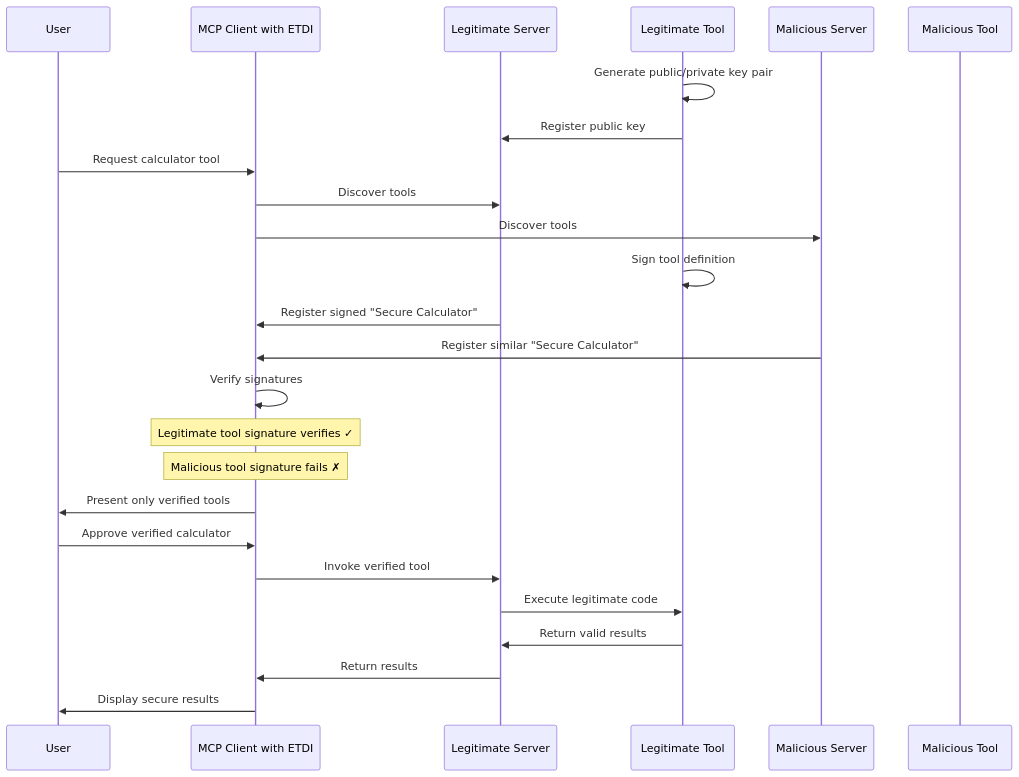
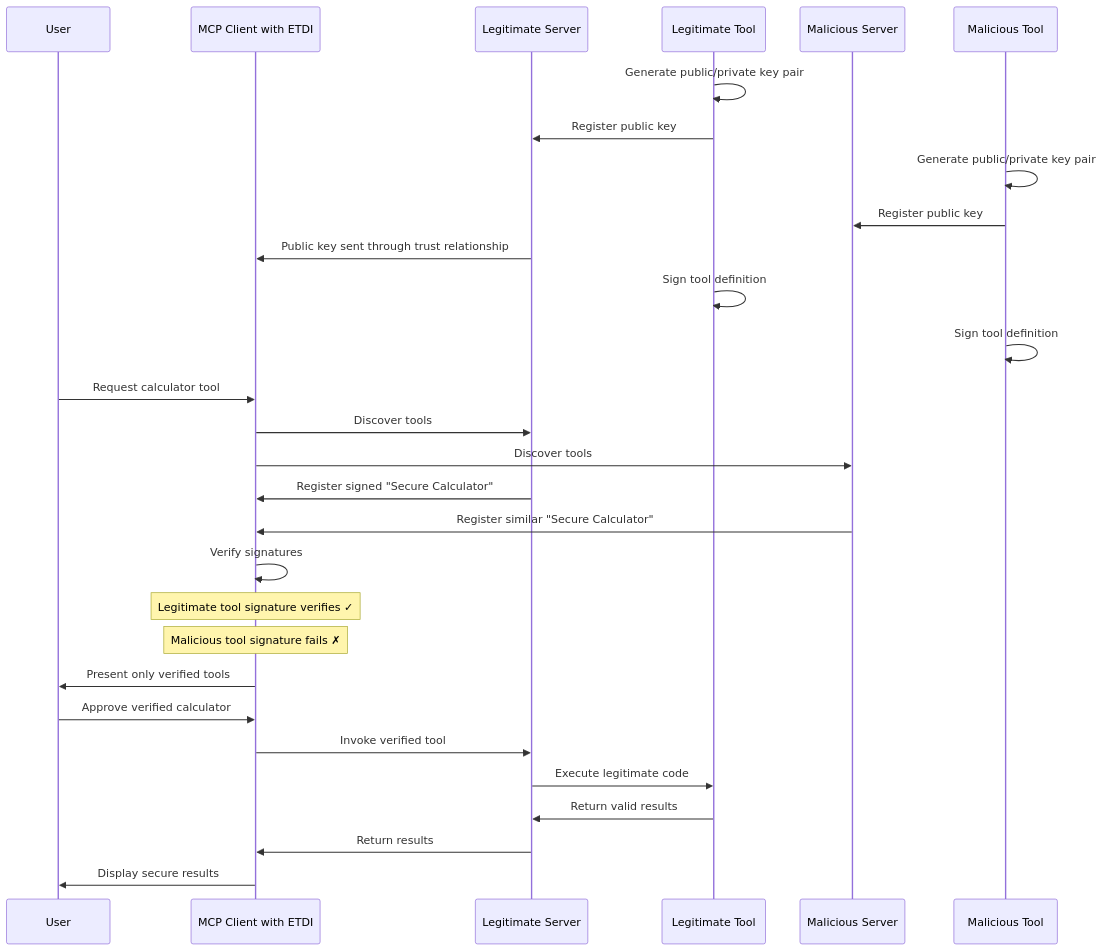
Before and after one commit to vineethsai/MCP-ETDI-docs: the sixth of 10 diagrams in docs/core/hld.md, drawn with Mermaid. The commit also changed 2 other files, not shown here.

Commit message:
Added Future Considerations and Adjusted Rug Pull Flow (#61)
* Create future-considerations.md

* Change rug pull flow

* added future considerations to readme

* Update future-considerations.md

* Small changes to future considerations wording

* wording change

````diff
--- a/docs/core/hld.md
+++ b/docs/core/hld.md
@@ -308,32 +308,39 @@
 ```mermaid
 sequenceDiagram
     participant User
     participant Client as MCP Client with ETDI
     participant LegitServer as Legitimate Server
     participant LegitTool as Legitimate Tool
     participant MalServer as Malicious Server
     participant MalTool as Malicious Tool
     
     LegitTool->>LegitTool: Generate public/private key pair
     LegitTool->>LegitServer: Register public key
-    
+
+    MalTool->>MalTool: Generate public/private key pair
+    MalTool->>MalServer: Register public key
+
+    LegitServer->>Client: Public key sent through trust relationship
+    LegitTool->>LegitTool: Sign tool definition
+
+    MalTool->>MalTool: Sign tool definition
+
     User->>Client: Request calculator tool
     Client->>LegitServer: Discover tools
     Client->>MalServer: Discover tools
     
-    LegitTool->>LegitTool: Sign tool definition
     LegitServer->>Client: Register signed "Secure Calculator"
     MalServer->>Client: Register similar "Secure Calculator"
     
     Client->>Client: Verify signatures
     Note over Client: Legitimate tool signature verifies ✓
     Note over Client: Malicious tool signature fails ✗
     
     Client->>User: Present only verified tools
     User->>Client: Approve verified calculator
     Client->>LegitServer: Invoke verified tool
     LegitServer->>LegitTool: Execute legitimate code
     LegitTool->>LegitServer: Return valid results
     LegitServer->>Client: Return results
     Client->>User: Display secure results
 ```
````
